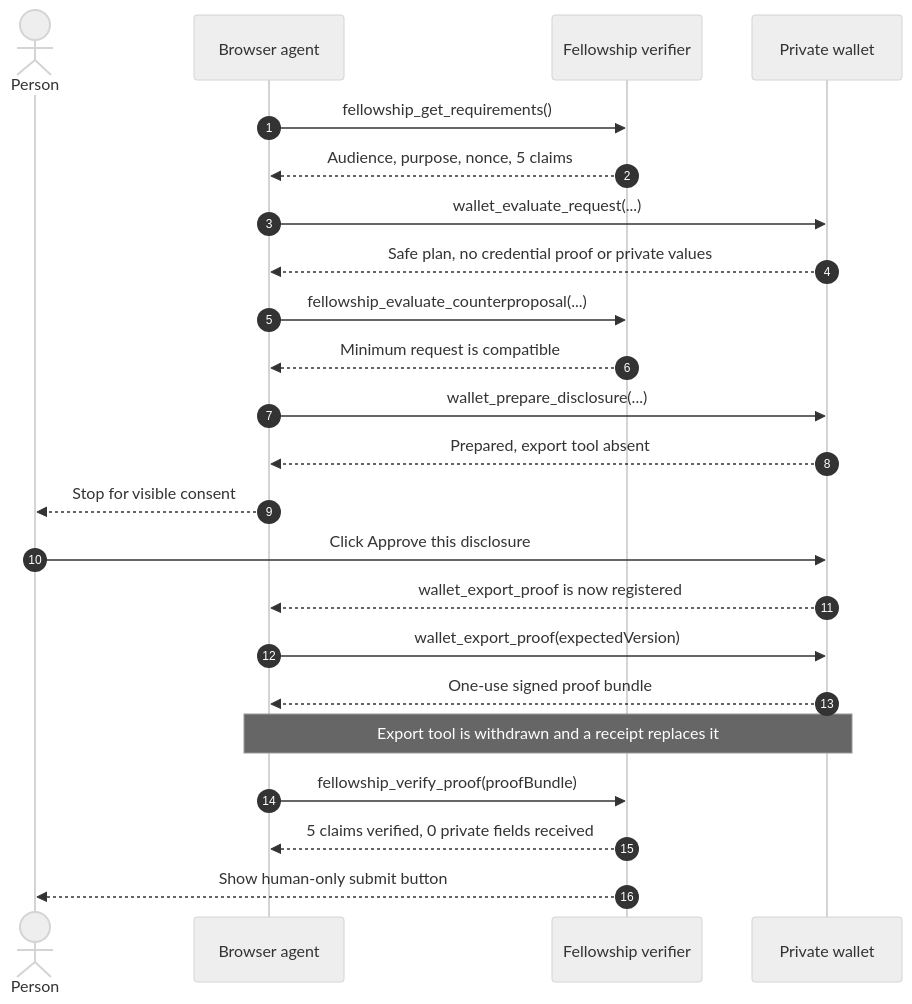
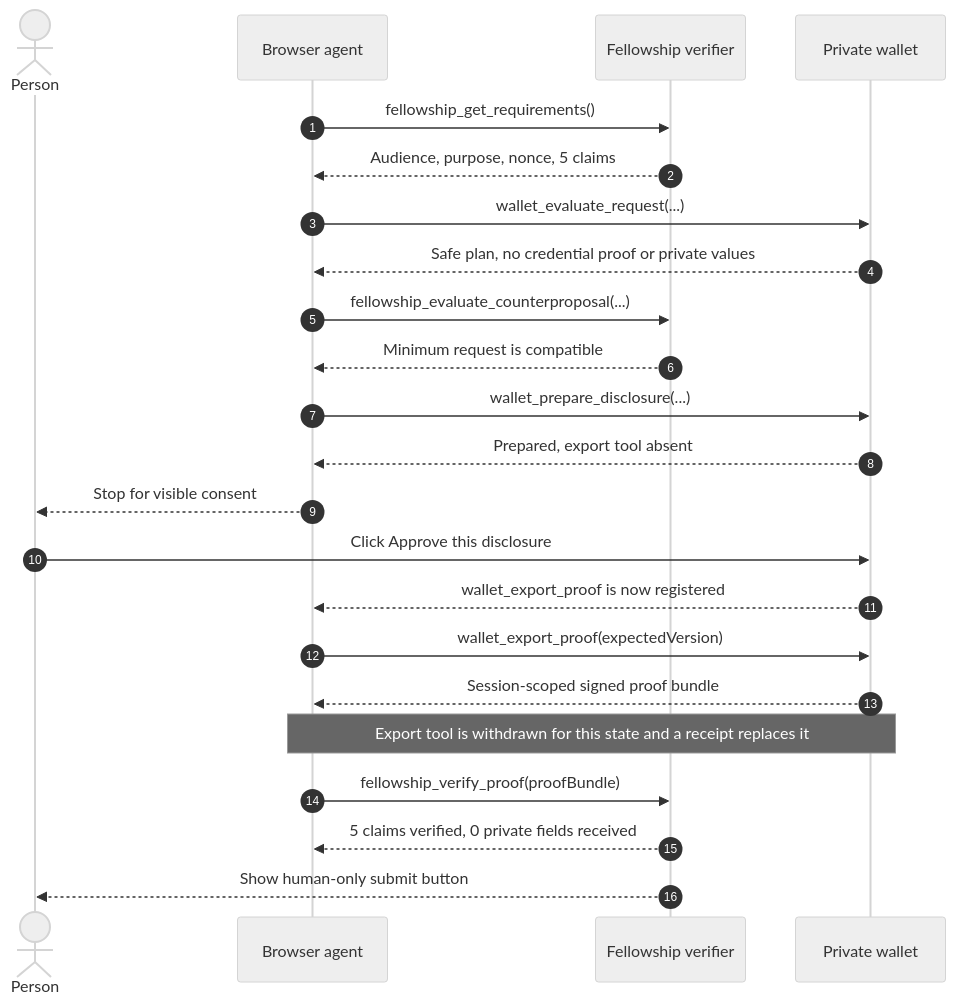
One commit to amanmaqsood/proof-courier changed the first of 3 diagrams in README.md. Above: the diagram before and after it, drawn with Mermaid (neutral theme). The commit also changed other lines of this file and 31 other files, not shown here.

````diff
--- a/README.md
+++ b/README.md
@@ -39,26 +39,26 @@
 ```mermaid
 sequenceDiagram
     autonumber
     actor P as Person
     participant A as Browser agent
     participant V as Fellowship verifier
     participant W as Private wallet
 
     A->>V: fellowship_get_requirements()
     V-->>A: Audience, purpose, nonce, 5 claims
     A->>W: wallet_evaluate_request(...)
     W-->>A: Safe plan, no credential proof or private values
     A->>V: fellowship_evaluate_counterproposal(...)
     V-->>A: Minimum request is compatible
     A->>W: wallet_prepare_disclosure(...)
     W-->>A: Prepared, export tool absent
     A-->>P: Stop for visible consent
     P->>W: Click Approve this disclosure
     W-->>A: wallet_export_proof is now registered
     A->>W: wallet_export_proof(expectedVersion)
-    W-->>A: One-use signed proof bundle
-    Note over W,A: Export tool is withdrawn and a receipt replaces it
+    W-->>A: Session-scoped signed proof bundle
+    Note over W,A: Export tool is withdrawn for this state and a receipt replaces it
     A->>V: fellowship_verify_proof(proofBundle)
     V-->>A: 5 claims verified, 0 private fields received
     V-->>P: Show human-only submit button
 ```
````
